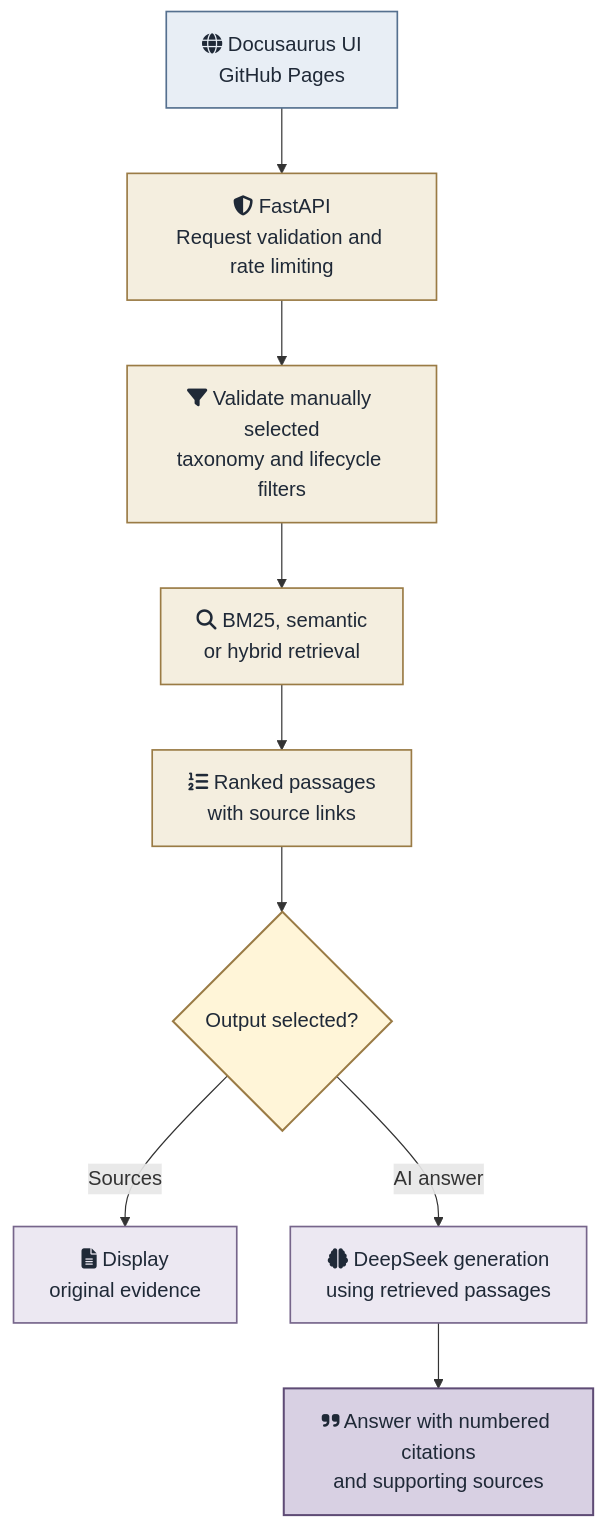
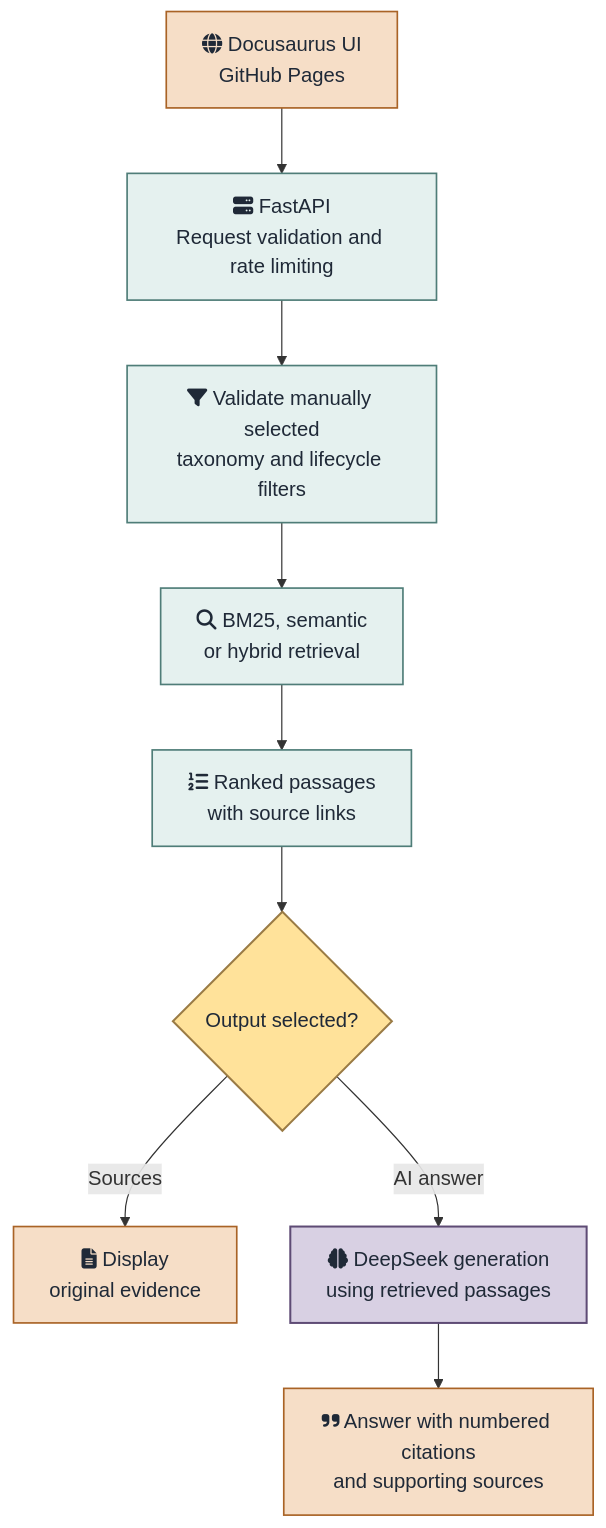
One commit to iand4096/docusaurusportfolio changed the second of 3 diagrams in docs/case-studies/RagSearchCloudArchitecture.md. Above: the diagram before and after it, drawn with Mermaid. The commit also changed other lines of this file and 3 other files, not shown here.

Commit message:
Refine RAG diagrams with consistent colours, legends and spacing

````diff
--- a/docs/case-studies/RagSearchCloudArchitecture.md
+++ b/docs/case-studies/RagSearchCloudArchitecture.md
@@ -179,33 +177,29 @@
 ```mermaid
 %%{init: {
   "flowchart": {"useMaxWidth": true, "nodeSpacing": 45, "rankSpacing": 55},
   "themeVariables": {"fontSize": "17px"}
 }}%%
 flowchart TB
 UI["fa:fa-globe Docusaurus UI<br/>GitHub Pages"]
-API["fa:fa-shield-halved FastAPI<br/>Request validation and rate limiting"]
+API["fa:fa-server FastAPI<br/>Request validation and rate limiting"]
 Facets["fa:fa-filter Validate manually selected<br/>taxonomy and lifecycle filters"]
 Retrieve["fa:fa-magnifying-glass BM25, semantic<br/>or hybrid retrieval"]
 Rank["fa:fa-list-ol Ranked passages<br/>with source links"]
 Choice{"Output selected?"}
 Sources["fa:fa-file-lines Display<br/>original evidence"]
 LLM["fa:fa-brain DeepSeek generation<br/>using retrieved passages"]
 Answer["fa:fa-quote-right Answer with numbered citations<br/>and supporting sources"]
 UI --> API --> Facets --> Retrieve --> Rank --> Choice
 Choice -->|Sources| Sources
 Choice -->|AI answer| LLM --> Answer
 
-    classDef source fill:#E8EEF5,stroke:#55708F,color:#1F2937,stroke-width:1.4px;
+    classDef interaction fill:#F6DEC7,stroke:#A96326,color:#1F2937,stroke-width:1.4px;
     classDef process fill:#E5F1EF,stroke:#4F7D78,color:#1F2937,stroke-width:1.4px;
-    classDef storage fill:#DFEAE7,stroke:#4F7D78,color:#1F2937,stroke-width:1.4px;
-    classDef query fill:#F4EEDF,stroke:#9A7B45,color:#1F2937,stroke-width:1.4px;
-    classDef decision fill:#FFF5D8,stroke:#9A7B45,color:#1F2937,stroke-width:1.7px;
-    classDef output fill:#ECE8F2,stroke:#76658B,color:#1F2937,stroke-width:1.4px;
-    classDef answer fill:#D8D0E3,stroke:#5E4B75,color:#1F2937,stroke-width:1.7px;
+    classDef decision fill:#FFE29A,stroke:#9A7B45,color:#1F2937,stroke-width:1.7px;
+    classDef generation fill:#D8D0E3,stroke:#5E4B75,color:#1F2937,stroke-width:1.7px;
 
-    class UI source;
-    class API,Facets,Retrieve,Rank query;
+    class UI,Sources,Answer interaction;
+    class API,Facets,Retrieve,Rank process;
     class Choice decision;
-    class Sources,LLM output;
-    class Answer answer;
+    class LLM generation;
 ```
````
